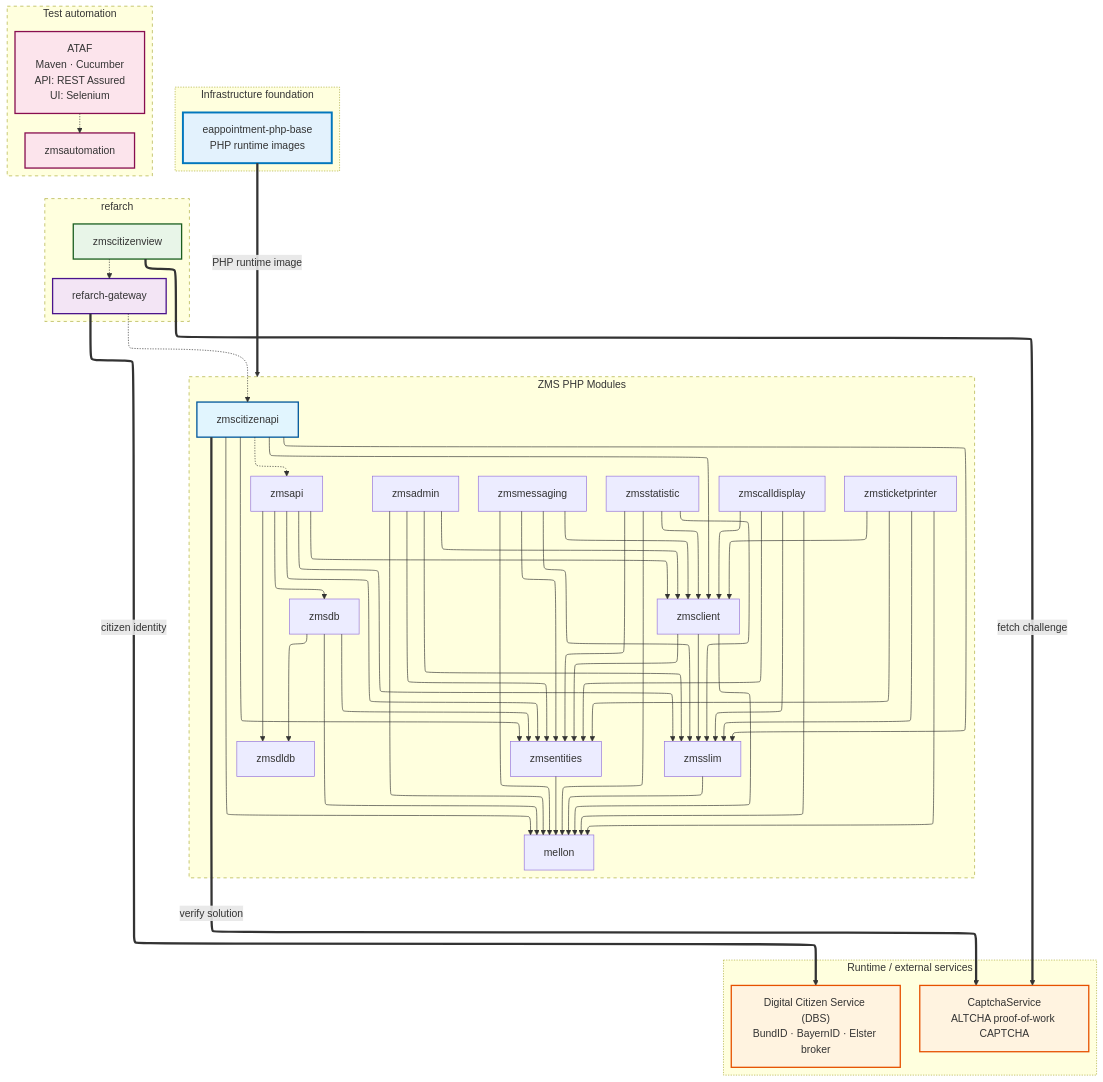
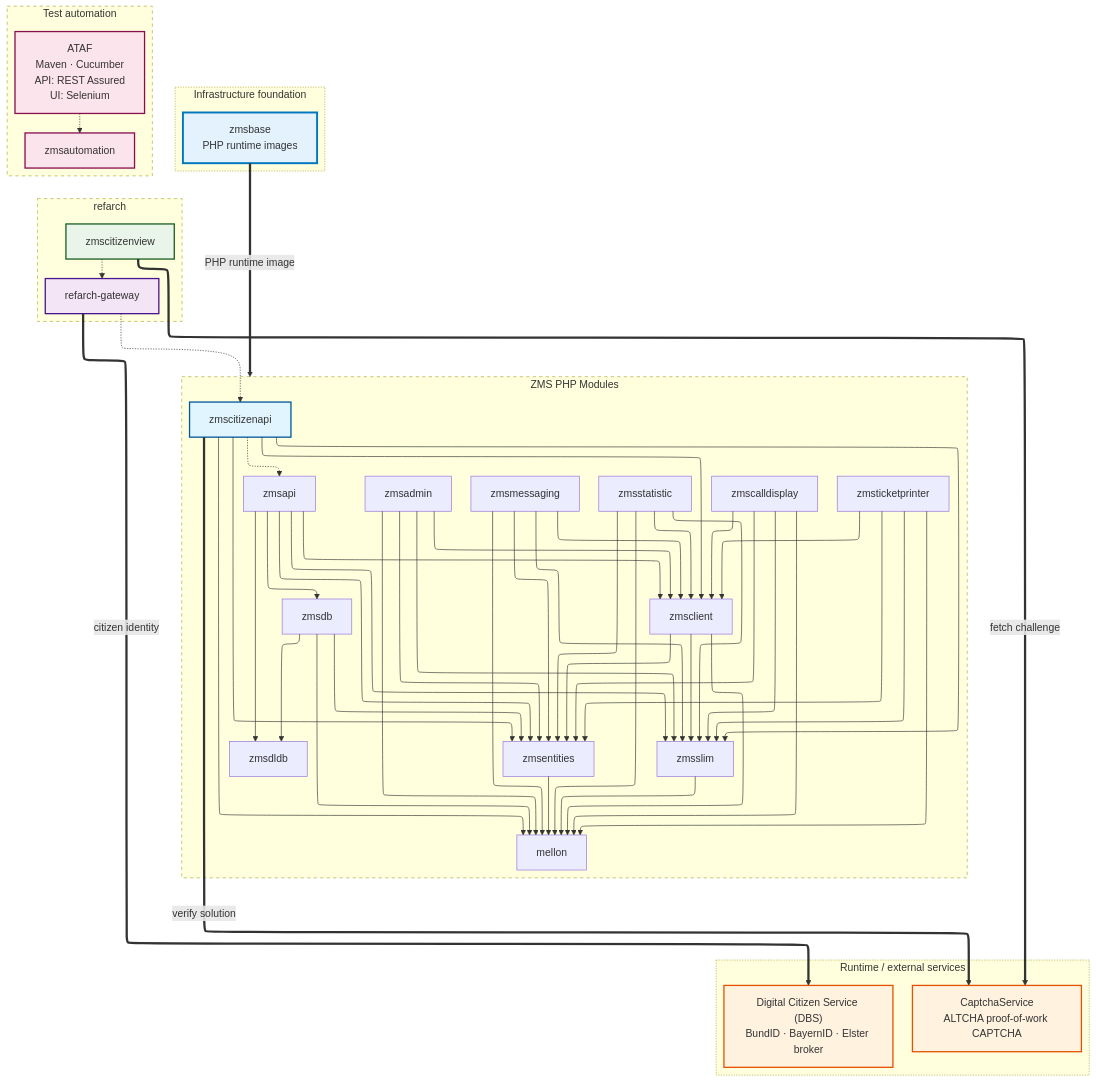
The diagram in docs/en/setup-and-development/development-rules/dependency-graph.md (it-at-m/eappointment), drawn with Mermaid before and after one commit. The commit also changed other lines of this file and 32 other files, not shown here.

First line of the commit message:
chore(ZMS): move php-base images into monorepo as zmsbase

```diff
--- a/docs/en/setup-and-development/development-rules/dependency-graph.md
+++ b/docs/en/setup-and-development/development-rules/dependency-graph.md
@@ -81,7 +81,7 @@
 
     subgraph foundation [Infrastructure foundation]
         style foundation stroke-dasharray: 2, 4
-        phpbase["eappointment-php-base<br>PHP runtime images"]
+        phpbase["zmsbase<br>PHP runtime images"]
     end
 
     subgraph testing [Test automation]
```
